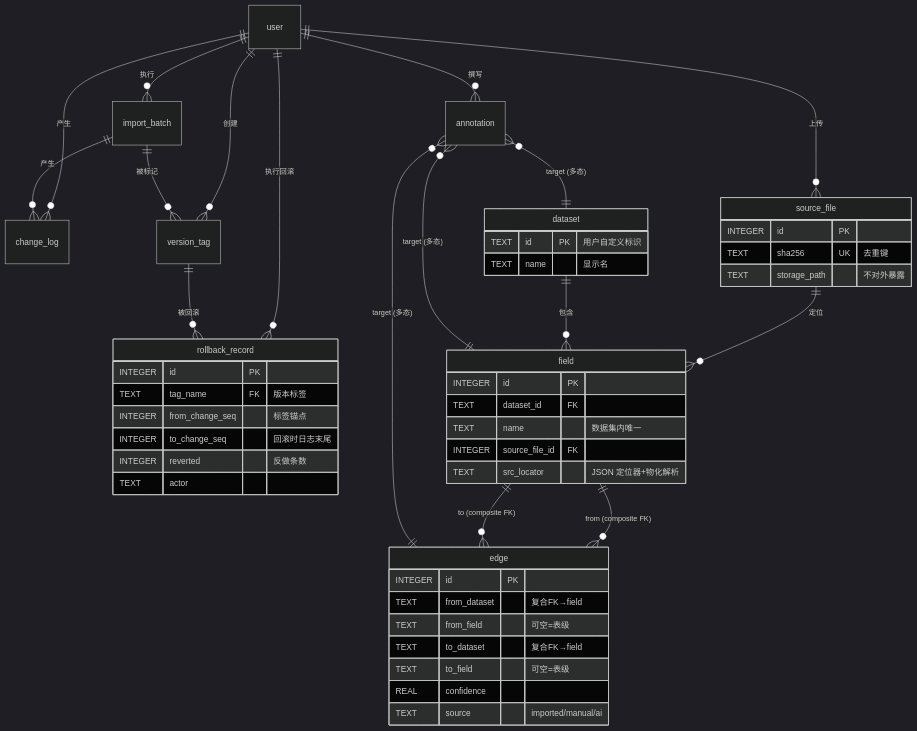
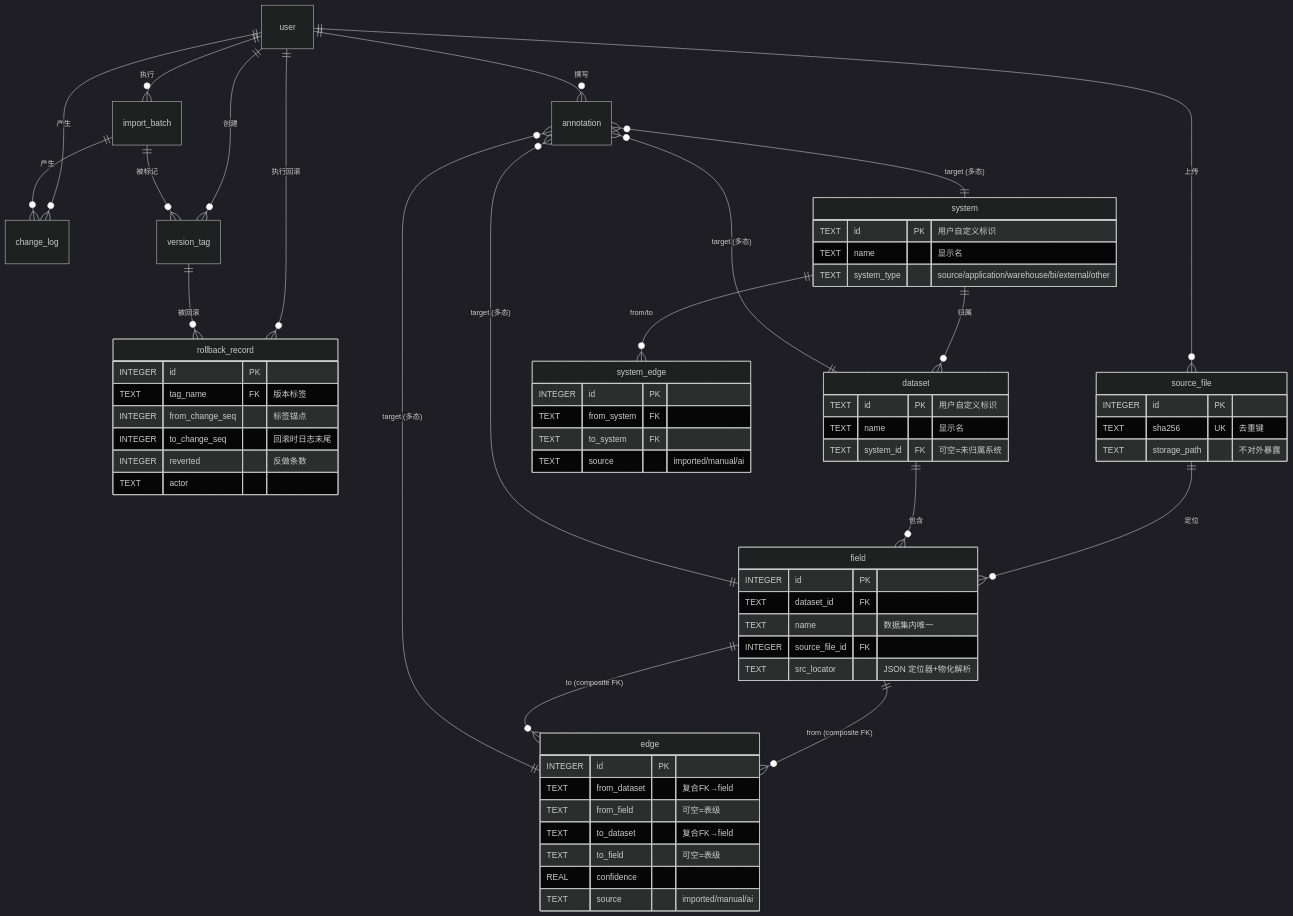
Before and after one commit to Mylifeforrent/clew: the diagram in docs/01_design/Clew-数据模型.md, drawn with Mermaid (dark theme). The commit also changed other lines of this file and 7 other files, not shown here.

````diff
--- a/docs/01_design/Clew-数据模型.md
+++ b/docs/01_design/Clew-数据模型.md
@@ -11,53 +13,68 @@
 ```mermaid
 erDiagram
     user ||--o{ import_batch : "执行"
     user ||--o{ change_log : "产生"
     user ||--o{ annotation : "撰写"
     user ||--o{ version_tag : "创建"
     user ||--o{ rollback_record : "执行回滚"
     user ||--o{ source_file : "上传"
     source_file ||--o{ field : "定位"
+    system ||--o{ dataset : "归属"
     dataset ||--o{ field : "包含"
     field ||--o{ edge : "from (composite FK)"
     field ||--o{ edge : "to (composite FK)"
+    system ||--o{ system_edge : "from/to"
     import_batch ||--o{ change_log : "产生"
     import_batch ||--o{ version_tag : "被标记"
     version_tag ||--o{ rollback_record : "被回滚"
     annotation }o--|| dataset : "target (多态)"
     annotation }o--|| field : "target (多态)"
     annotation }o--|| edge : "target (多态)"
+    annotation }o--|| system : "target (多态)"
 
     dataset {
         TEXT id PK "用户自定义标识"
         TEXT name "显示名"
+        TEXT system_id FK "可空=未归属系统"
+    }
+    system {
+        TEXT id PK "用户自定义标识"
+        TEXT name "显示名"
+        TEXT system_type "source/application/warehouse/bi/external/other"
+    }
+    system_edge {
+        INTEGER id PK
+        TEXT from_system FK
+        TEXT to_system FK
+        TEXT source "imported/manual/ai"
     }
     field {
         INTEGER id PK
         TEXT dataset_id FK
         TEXT name "数据集内唯一"
         INTEGER source_file_id FK
         TEXT src_locator "JSON 定位器+物化解析"
     }
     edge {
         INTEGER id PK
         TEXT from_dataset "复合FK→field"
         TEXT from_field "可空=表级"
         TEXT to_dataset "复合FK→field"
         TEXT to_field "可空=表级"
         REAL confidence
         TEXT source "imported/manual/ai"
     }
     source_file {
         INTEGER id PK
         TEXT sha256 UK "去重键"
         TEXT storage_path "不对外暴露"
     }
     rollback_record {
         INTEGER id PK
         TEXT tag_name FK "版本标签"
         INTEGER from_change_seq "标签锚点"
         INTEGER to_change_seq "回滚时日志末尾"
         INTEGER reverted "反做条数"
         TEXT actor
     }
 ```
````
